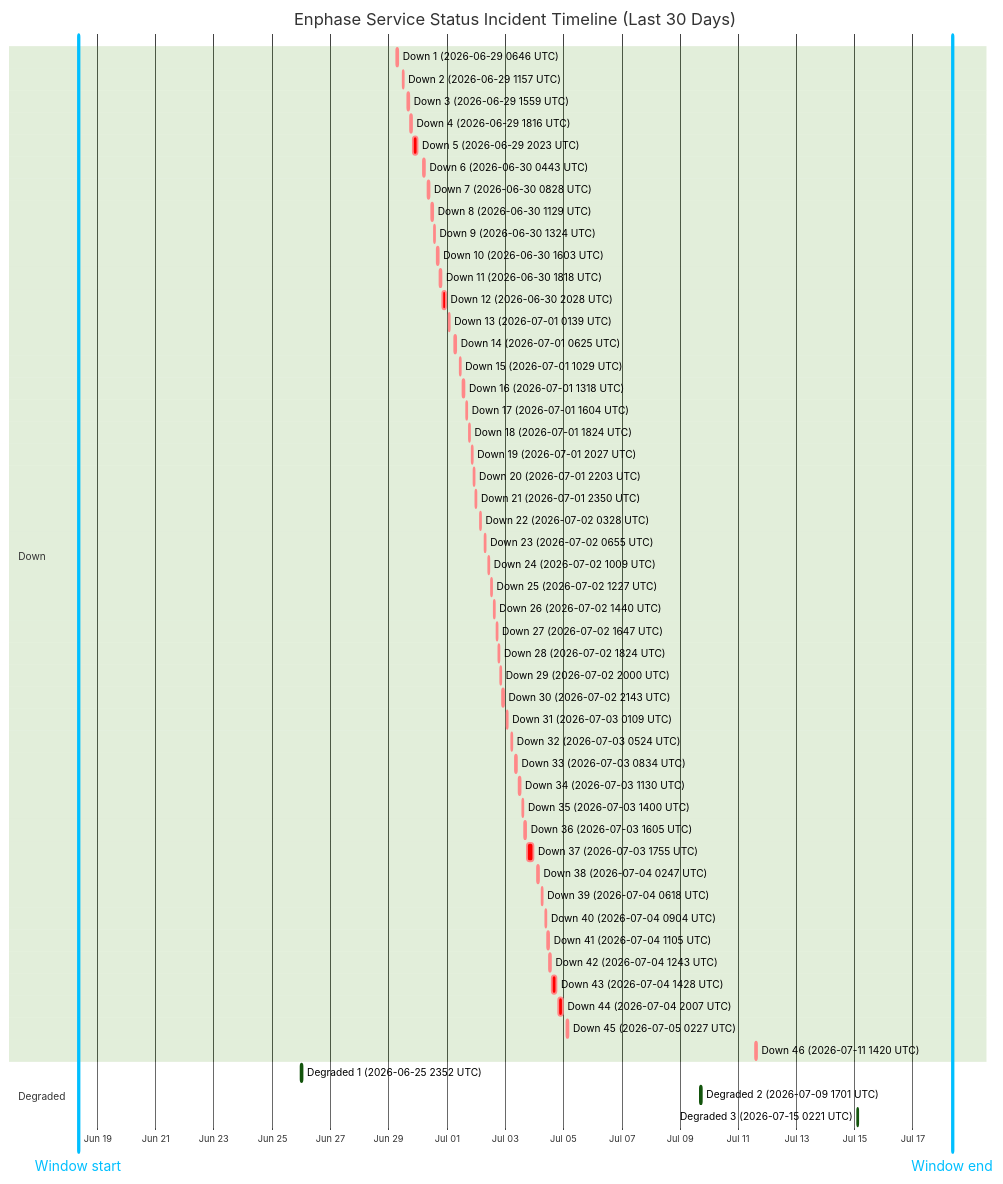
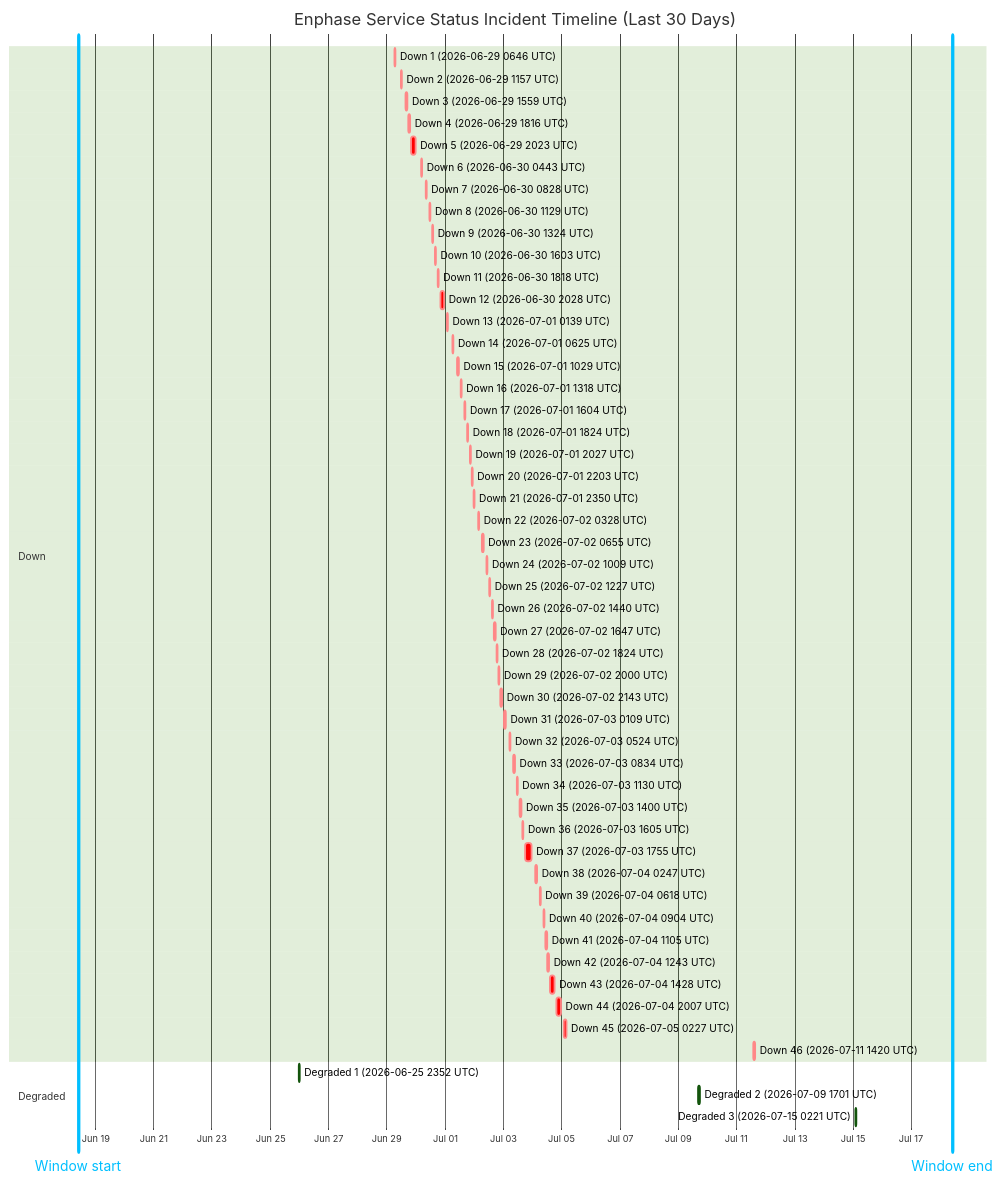
Before and after one commit to barneyonline/ha-enphase-energy: the diagram in wiki/Service-Status-History.md, drawn with Mermaid (forest theme). The commit also changed other lines of this file and 3 other files, not shown here.

````diff
--- a/wiki/Service-Status-History.md
+++ b/wiki/Service-Status-History.md
@@ -14,59 +14,59 @@
 ```mermaid
 gantt
     title Enphase Service Status Incident Timeline (Last 30 Days)
     dateFormat  YYYY-MM-DDTHH:mm:ss
     axisFormat  %b %d
-    Window start :vert, window-start, 2026-06-18T08:18:18, 0ms
-    Window end :vert, window-end, 2026-07-18T08:18:18, 0ms
+    Window start :vert, window-start, 2026-06-18T09:55:27, 0ms
+    Window end :vert, window-end, 2026-07-18T09:55:27, 0ms
     section Down
     Down 1 (2026-06-29 0646 UTC) :crit, down-1, 2026-06-29T06:46:18, 60m
     Down 2 (2026-06-29 1157 UTC) :crit, down-2, 2026-06-29T11:57:36, 60m
     Down 3 (2026-06-29 1559 UTC) :crit, down-3, 2026-06-29T15:59:02, 60m
     Down 4 (2026-06-29 1816 UTC) :crit, down-4, 2026-06-29T18:16:38, 60m
     Down 5 (2026-06-29 2023 UTC) :crit, down-5, 2026-06-29T20:23:16, 220m
     Down 6 (2026-06-30 0443 UTC) :crit, down-6, 2026-06-30T04:43:54, 60m
     Down 7 (2026-06-30 0828 UTC) :crit, down-7, 2026-06-30T08:28:43, 60m
     Down 8 (2026-06-30 1129 UTC) :crit, down-8, 2026-06-30T11:29:15, 60m
     Down 9 (2026-06-30 1324 UTC) :crit, down-9, 2026-06-30T13:24:25, 60m
     Down 10 (2026-06-30 1603 UTC) :crit, down-10, 2026-06-30T16:03:26, 60m
     Down 11 (2026-06-30 1818 UTC) :crit, down-11, 2026-06-30T18:18:39, 60m
     Down 12 (2026-06-30 2028 UTC) :crit, down-12, 2026-06-30T20:28:54, 171m
     Down 13 (2026-07-01 0139 UTC) :crit, down-13, 2026-07-01T01:39:18, 60m
     Down 14 (2026-07-01 0625 UTC) :crit, down-14, 2026-07-01T06:25:35, 60m
     Down 15 (2026-07-01 1029 UTC) :crit, down-15, 2026-07-01T10:29:24, 60m
     Down 16 (2026-07-01 1318 UTC) :crit, down-16, 2026-07-01T13:18:31, 60m
     Down 17 (2026-07-01 1604 UTC) :crit, down-17, 2026-07-01T16:04:29, 60m
     Down 18 (2026-07-01 1824 UTC) :crit, down-18, 2026-07-01T18:24:21, 60m
     Down 19 (2026-07-01 2027 UTC) :crit, down-19, 2026-07-01T20:27:17, 60m
     Down 20 (2026-07-01 2203 UTC) :crit, down-20, 2026-07-01T22:03:46, 60m
     Down 21 (2026-07-01 2350 UTC) :crit, down-21, 2026-07-01T23:50:52, 60m
     Down 22 (2026-07-02 0328 UTC) :crit, down-22, 2026-07-02T03:28:33, 60m
     Down 23 (2026-07-02 0655 UTC) :crit, down-23, 2026-07-02T06:55:07, 60m
     Down 24 (2026-07-02 1009 UTC) :crit, down-24, 2026-07-02T10:09:15, 60m
     Down 25 (2026-07-02 1227 UTC) :crit, down-25, 2026-07-02T12:27:49, 60m
     Down 26 (2026-07-02 1440 UTC) :crit, down-26, 2026-07-02T14:40:53, 60m
     Down 27 (2026-07-02 1647 UTC) :crit, down-27, 2026-07-02T16:47:47, 60m
     Down 28 (2026-07-02 1824 UTC) :crit, down-28, 2026-07-02T18:24:26, 60m
     Down 29 (2026-07-02 2000 UTC) :crit, down-29, 2026-07-02T20:00:57, 60m
     Down 30 (2026-07-02 2143 UTC) :crit, down-30, 2026-07-02T21:43:52, 80m
     Down 31 (2026-07-03 0109 UTC) :crit, down-31, 2026-07-03T01:09:19, 60m
     Down 32 (2026-07-03 0524 UTC) :crit, down-32, 2026-07-03T05:24:23, 60m
     Down 33 (2026-07-03 0834 UTC) :crit, down-33, 2026-07-03T08:34:05, 60m
     Down 34 (2026-07-03 1130 UTC) :crit, down-34, 2026-07-03T11:30:41, 60m
     Down 35 (2026-07-03 1400 UTC) :crit, down-35, 2026-07-03T14:00:48, 60m
     Down 36 (2026-07-03 1605 UTC) :crit, down-36, 2026-07-03T16:05:49, 60m
     Down 37 (2026-07-03 1755 UTC) :crit, down-37, 2026-07-03T17:55:54, 338m
     Down 38 (2026-07-04 0247 UTC) :crit, down-38, 2026-07-04T02:47:22, 60m
     Down 39 (2026-07-04 0618 UTC) :crit, down-39, 2026-07-04T06:18:09, 60m
     Down 40 (2026-07-04 0904 UTC) :crit, down-40, 2026-07-04T09:04:41, 60m
     Down 41 (2026-07-04 1105 UTC) :crit, down-41, 2026-07-04T11:05:21, 60m
     Down 42 (2026-07-04 1243 UTC) :crit, down-42, 2026-07-04T12:43:25, 60m
     Down 43 (2026-07-04 1428 UTC) :crit, down-43, 2026-07-04T14:28:07, 243m
     Down 44 (2026-07-04 2007 UTC) :crit, down-44, 2026-07-04T20:07:50, 206m
     Down 45 (2026-07-05 0227 UTC) :crit, down-45, 2026-07-05T02:27:32, 109m
     Down 46 (2026-07-11 1420 UTC) :crit, down-46, 2026-07-11T14:20:54, 69m
     section Degraded
     Degraded 1 (2026-06-25 2352 UTC) :active, degraded-1, 2026-06-25T23:52:01, 60m
     Degraded 2 (2026-07-09 1701 UTC) :active, degraded-2, 2026-07-09T17:01:02, 60m
     Degraded 3 (2026-07-15 0221 UTC) :active, degraded-3, 2026-07-15T02:21:35, 60m
 ```
````
